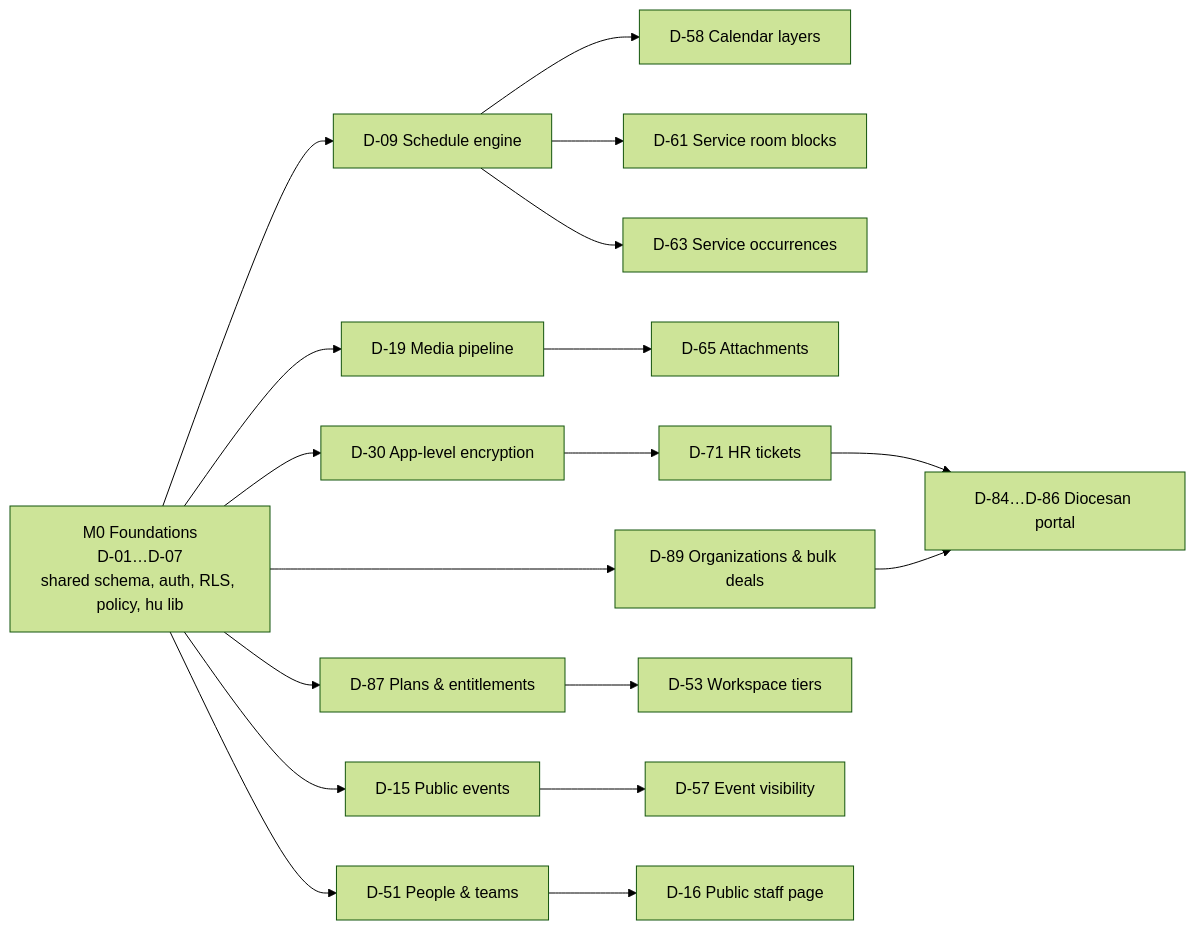
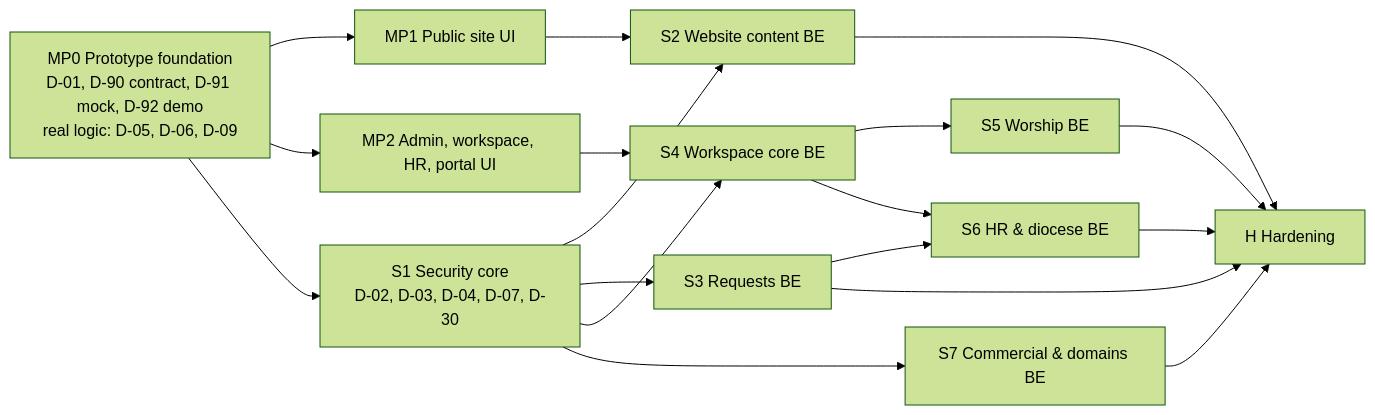
The first of 2 diagrams in docs/03-DELIVERABLES.md (obviousmarcello/churchy), drawn with Mermaid (forest theme) before and after one commit. The commit also changed other lines of this file and 2 other files, not shown here.

````diff
--- a/docs/03-DELIVERABLES.md
+++ b/docs/03-DELIVERABLES.md
@@ -71,21 +94,17 @@
 ```mermaid
 flowchart LR
-    M0[M0 Foundations<br/>D-01…D-07<br/>shared schema, auth, RLS, policy, hu lib]
-    M0 --> D09[D-09 Schedule engine]
-    M0 --> D19[D-19 Media pipeline]
-    M0 --> D30[D-30 App-level encryption]
-    M0 --> D51[D-51 People & teams]
-    M0 --> D15[D-15 Public events]
-    D09 --> D58[D-58 Calendar layers]
-    D09 --> D61[D-61 Service room blocks]
-    D09 --> D63[D-63 Service occurrences]
-    D19 --> D65[D-65 Attachments]
-    D30 --> D71[D-71 HR tickets]
-    D71 --> D84[D-84…D-86 Diocesan portal]
-    M0 --> D89[D-89 Organizations & bulk deals]
-    D89 --> D84
-    D87[D-87 Plans & entitlements] --> D53[D-53 Workspace tiers]
-    M0 --> D87
-    D15 --> D57[D-57 Event visibility]
-    D51 --> D16[D-16 Public staff page]
+    MP0[MP0 Prototype foundation<br/>D-01, D-90 contract, D-91 mock, D-92 demo<br/>real logic: D-05, D-06, D-09]
+    MP0 --> MP1[MP1 Public site UI]
+    MP0 --> MP2[MP2 Admin, workspace, HR, portal UI]
+    MP0 --> S1[S1 Security core<br/>D-02, D-03, D-04, D-07, D-30]
+    S1 --> S2[S2 Website content BE]
+    S1 --> S3[S3 Requests BE]
+    S1 --> S4[S4 Workspace core BE]
+    S4 --> S5[S5 Worship BE]
+    S3 --> S6[S6 HR & diocese BE]
+    S4 --> S6
+    S1 --> S7[S7 Commercial & domains BE]
+    MP1 --> S2
+    MP2 --> S4
+    S2 & S3 & S5 & S6 & S7 --> H[H Hardening]
 ```
````
